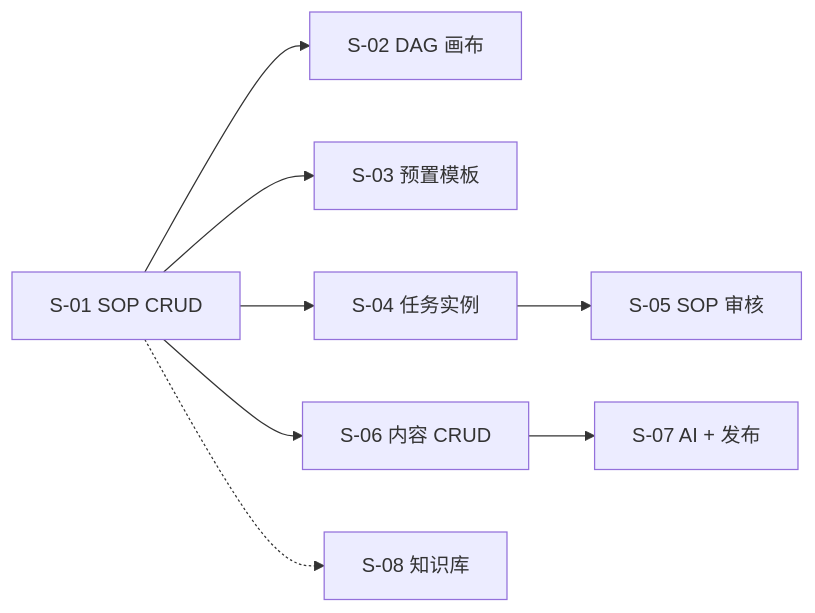
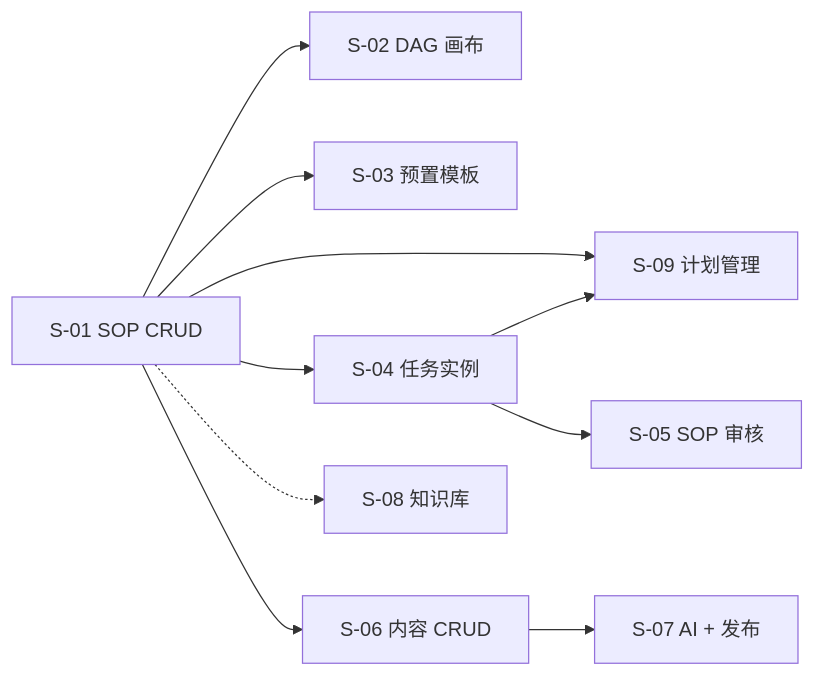
One commit to donnyskyWu/wd-ops changed the diagram in docs/delivery/SLICES-M2-内容生产.md. Above: the diagram before and after it, drawn with Mermaid. The commit also changed other lines of this file and 83 other files, not shown here.

````diff
--- a/docs/delivery/SLICES-M2-内容生产.md
+++ b/docs/delivery/SLICES-M2-内容生产.md
@@ -26,10 +27,12 @@
 ```mermaid
 graph LR
     S01[S-01 SOP CRUD] --> S02[S-02 DAG 画布]
     S01 --> S03[S-03 预置模板]
     S01 --> S04[S-04 任务实例]
+    S01 --> S09[S-09 计划管理]
+    S04 --> S09
     S01 --> S06[S-06 内容 CRUD]
     S04 --> S05[S-05 SOP 审核]
     S06 --> S07[S-07 AI + 发布]
     S01 -.-> S08[S-08 知识库]
 ```
````
